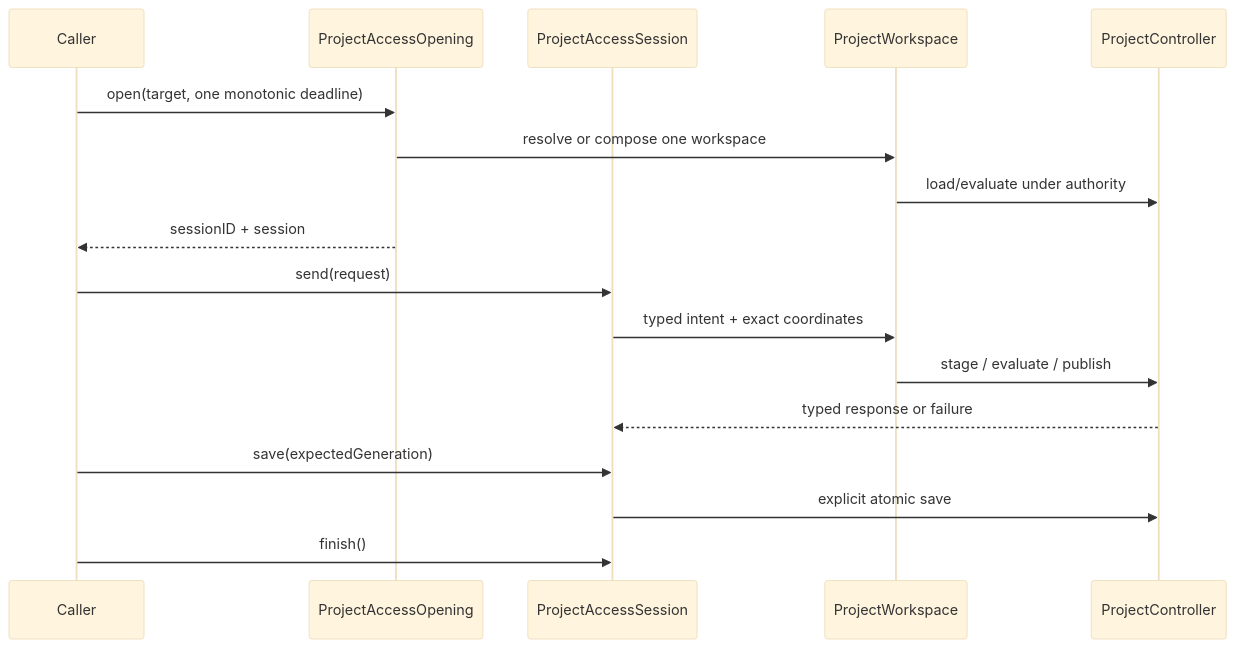
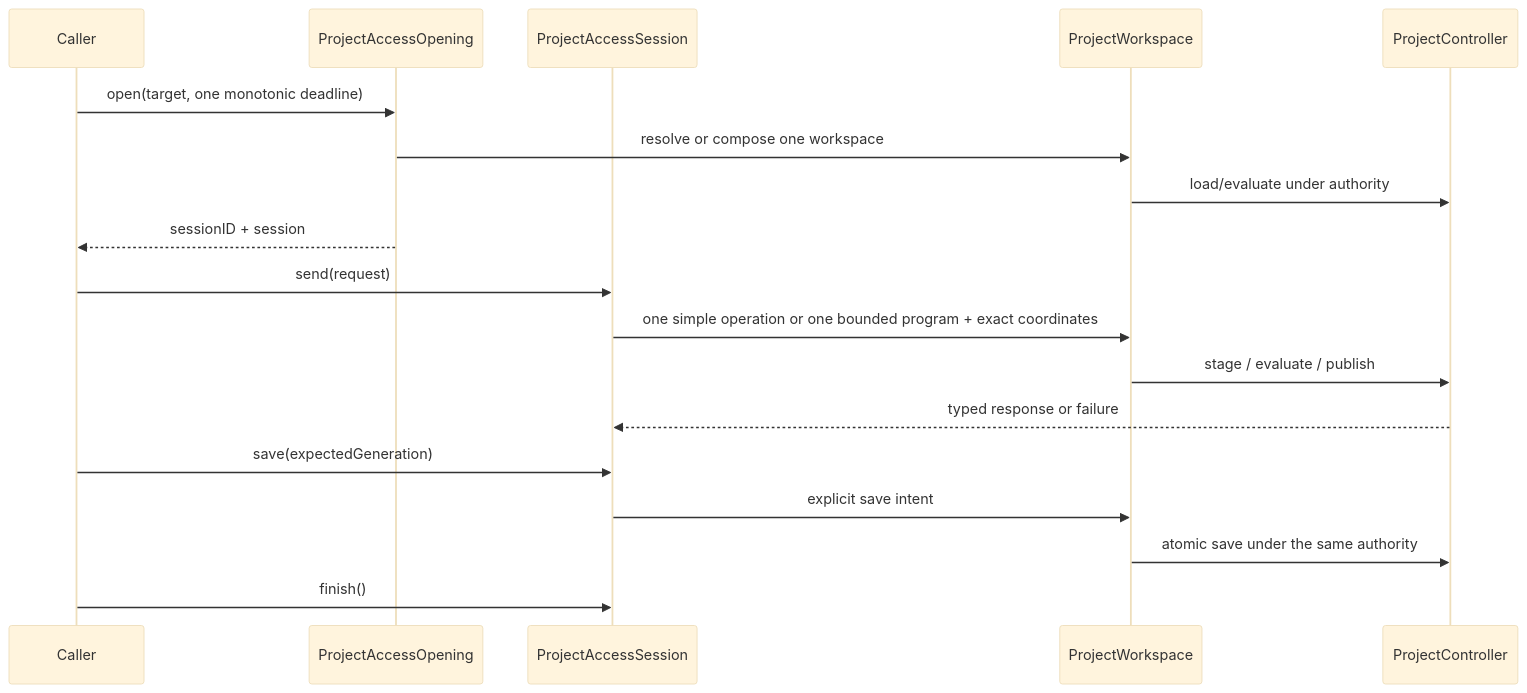
One commit to 1amageek/Rupa changed the second of 2 diagrams in RupaKit/Sources/RupaProjectAccess/DESIGN.md. Above: the diagram before and after it, drawn with Mermaid (base theme). The commit also changed other lines of this file and 17 other files, not shown here.

````diff
--- a/RupaKit/Sources/RupaProjectAccess/DESIGN.md
+++ b/RupaKit/Sources/RupaProjectAccess/DESIGN.md
@@ -156,19 +176,20 @@
 ```mermaid
 sequenceDiagram
     participant Caller
     participant Opening as ProjectAccessOpening
     participant Session as ProjectAccessSession
     participant W as ProjectWorkspace
     participant P as ProjectController
     Caller->>Opening: open(target, one monotonic deadline)
     Opening->>W: resolve or compose one workspace
     W->>P: load/evaluate under authority
     Opening-->>Caller: sessionID + session
     Caller->>Session: send(request)
-    Session->>W: typed intent + exact coordinates
+    Session->>W: one simple operation or one bounded program + exact coordinates
     W->>P: stage / evaluate / publish
     P-->>Session: typed response or failure
     Caller->>Session: save(expectedGeneration)
-    Session->>P: explicit atomic save
+    Session->>W: explicit save intent
+    W->>P: atomic save under the same authority
     Caller->>Session: finish()
 ```
````
